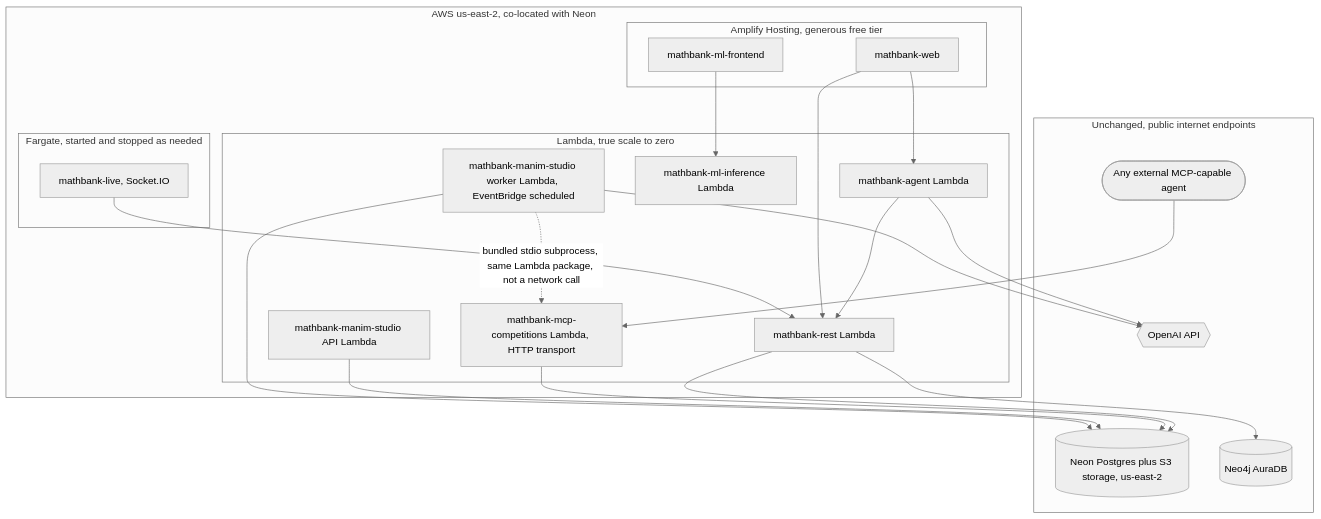
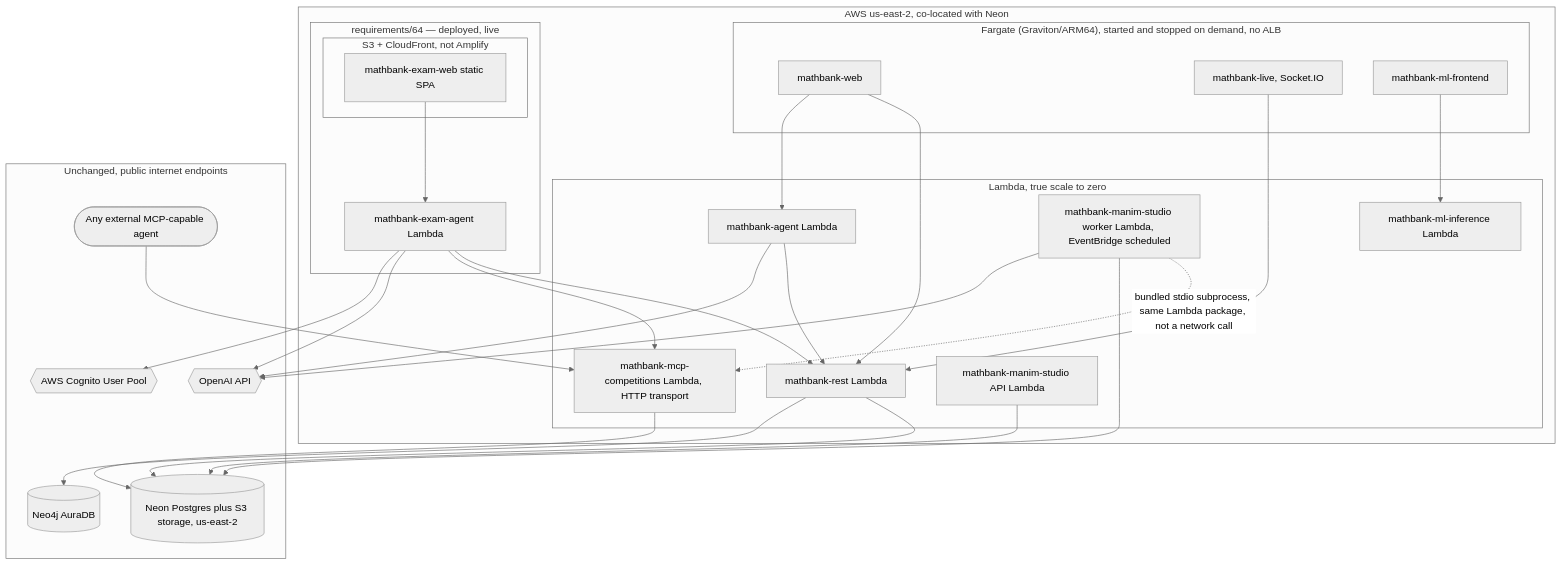
Before and after one commit to sutanuchaudhuri/knowledge-bank-ingestion: the diagram in documentation/requirements/62_AWS_SERVERLESS_DEV_HOSTING_COST_RESEARCH.md, drawn with Mermaid (neutral theme). The commit also changed other lines of this file and 2344 other files, not shown here.

````diff
--- a/documentation/requirements/62_AWS_SERVERLESS_DEV_HOSTING_COST_RESEARCH.md
+++ b/documentation/requirements/62_AWS_SERVERLESS_DEV_HOSTING_COST_RESEARCH.md
@@ -142,42 +370,52 @@
 ```mermaid
 flowchart TB
     subgraph AWSRegion["AWS us-east-2, co-located with Neon"]
         subgraph LambdaTier["Lambda, true scale to zero"]
             RestFn["mathbank-rest Lambda"]
             AgentFn["mathbank-agent Lambda"]
             MlInfFn["mathbank-ml-inference Lambda"]
             McpFn["mathbank-mcp-competitions Lambda, HTTP transport"]
             ManimApiFn["mathbank-manim-studio API Lambda"]
             ManimWorkerFn["mathbank-manim-studio worker Lambda, EventBridge scheduled"]
         end
-        subgraph AmplifyTier["Amplify Hosting, generous free tier"]
+        subgraph FargateTier["Fargate (Graviton/ARM64), started and stopped on demand, no ALB"]
             WebApp["mathbank-web"]
+            LiveTask["mathbank-live, Socket.IO"]
             MlFrontApp["mathbank-ml-frontend"]
         end
-        subgraph FargateTier["Fargate, started and stopped as needed"]
-            LiveTask["mathbank-live, Socket.IO"]
+        subgraph ExamTier["requirements/64 — deployed, live"]
+            ExamAgentFn["mathbank-exam-agent Lambda"]
+            subgraph StaticTier["S3 + CloudFront, not Amplify"]
+                ExamWebSpa["mathbank-exam-web static SPA"]
+            end
         end
     end
 
     subgraph External["Unchanged, public internet endpoints"]
         Neon[("Neon Postgres plus S3 storage, us-east-2")]
         Aura[("Neo4j AuraDB")]
         OpenAI{{"OpenAI API"}}
         AnyAgent(["Any external MCP-capable agent"])
+        Cognito{{"AWS Cognito User Pool"}}
     end
 
     RestFn --> Neon
     RestFn --> Aura
     AgentFn --> RestFn
     AgentFn --> OpenAI
     McpFn --> Neon
     AnyAgent --> McpFn
     ManimApiFn --> Neon
     ManimWorkerFn -. "bundled stdio subprocess, same Lambda package, not a network call" .-> McpFn
     ManimWorkerFn --> Neon
     ManimWorkerFn --> OpenAI
     WebApp --> RestFn
     WebApp --> AgentFn
     MlFrontApp --> MlInfFn
     LiveTask --> RestFn
+    ExamAgentFn --> RestFn
+    ExamAgentFn --> McpFn
+    ExamAgentFn --> OpenAI
+    ExamAgentFn --> Cognito
+    ExamWebSpa --> ExamAgentFn
 ```
````
